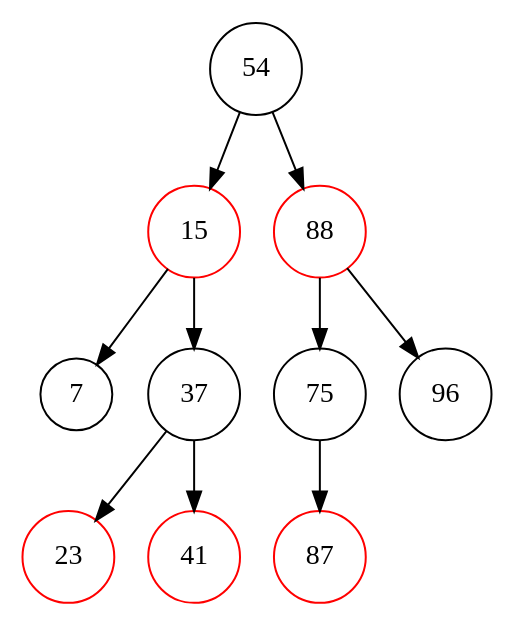
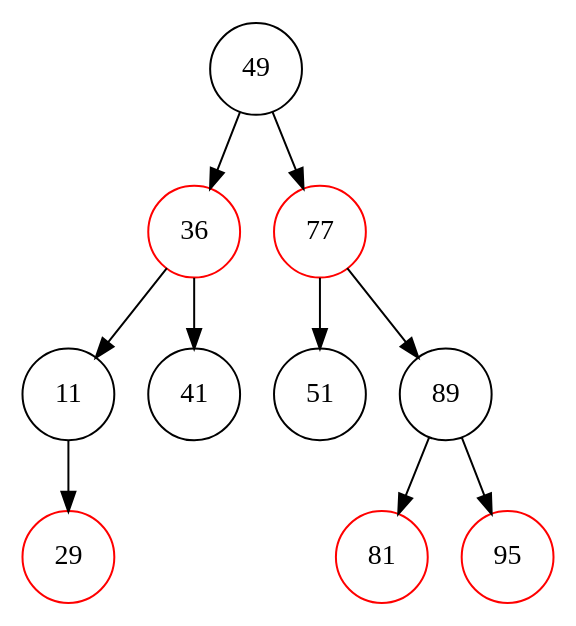
One commit to Koreleth/rbtrees changed the diagram in tree_step_9.dot. Above: the diagram before and after it, drawn with Graphviz. The commit also changed 19 other files, not shown here.

```diff
--- a/tree_step_9.dot
+++ b/tree_step_9.dot
@@ -1,22 +1,22 @@
 digraph RBTree {
     node [shape=circle];
-    "54" [color=black];
-    "54" -> "15";
-    "15" [color=red];
-    "15" -> "7";
-    "7" [color=black];
-    "15" -> "37";
-    "37" [color=black];
-    "37" -> "23";
-    "23" [color=red];
-    "37" -> "41";
-    "41" [color=red];
-    "54" -> "88";
-    "88" [color=red];
-    "88" -> "75";
-    "75" [color=black];
-    "75" -> "87";
-    "87" [color=red];
-    "88" -> "96";
-    "96" [color=black];
+    "49" [color=black];
+    "49" -> "36";
+    "36" [color=red];
+    "36" -> "11";
+    "11" [color=black];
+    "11" -> "29";
+    "29" [color=red];
+    "36" -> "41";
+    "41" [color=black];
+    "49" -> "77";
+    "77" [color=red];
+    "77" -> "51";
+    "51" [color=black];
+    "77" -> "89";
+    "89" [color=black];
+    "89" -> "81";
+    "81" [color=red];
+    "89" -> "95";
+    "95" [color=red];
 }
```
